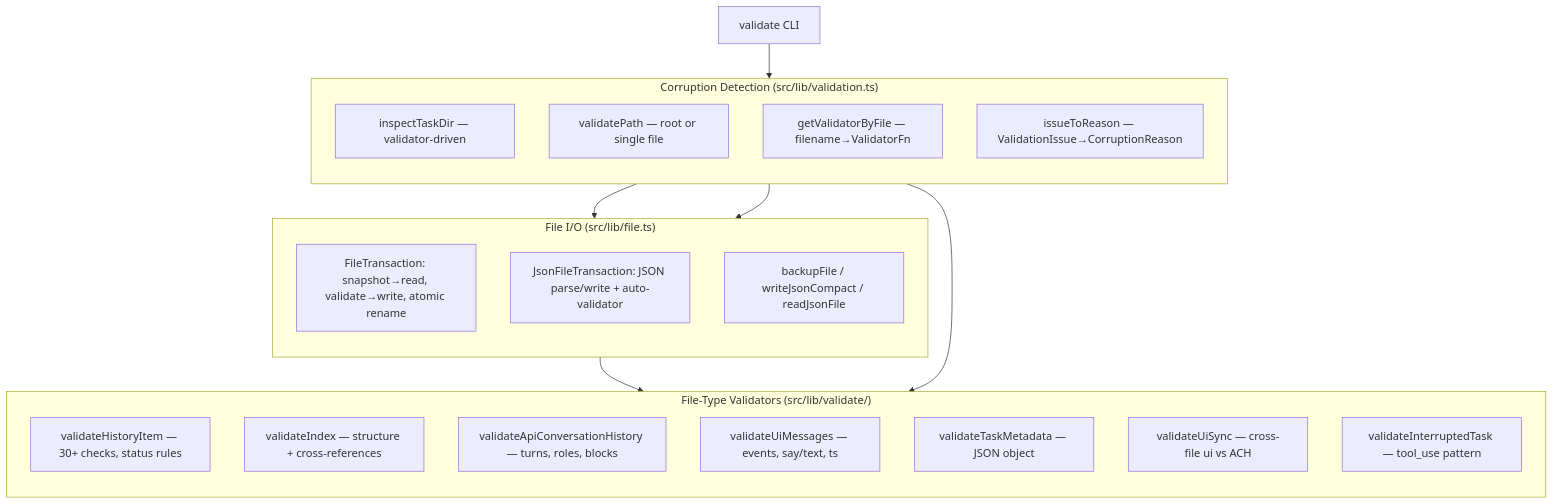
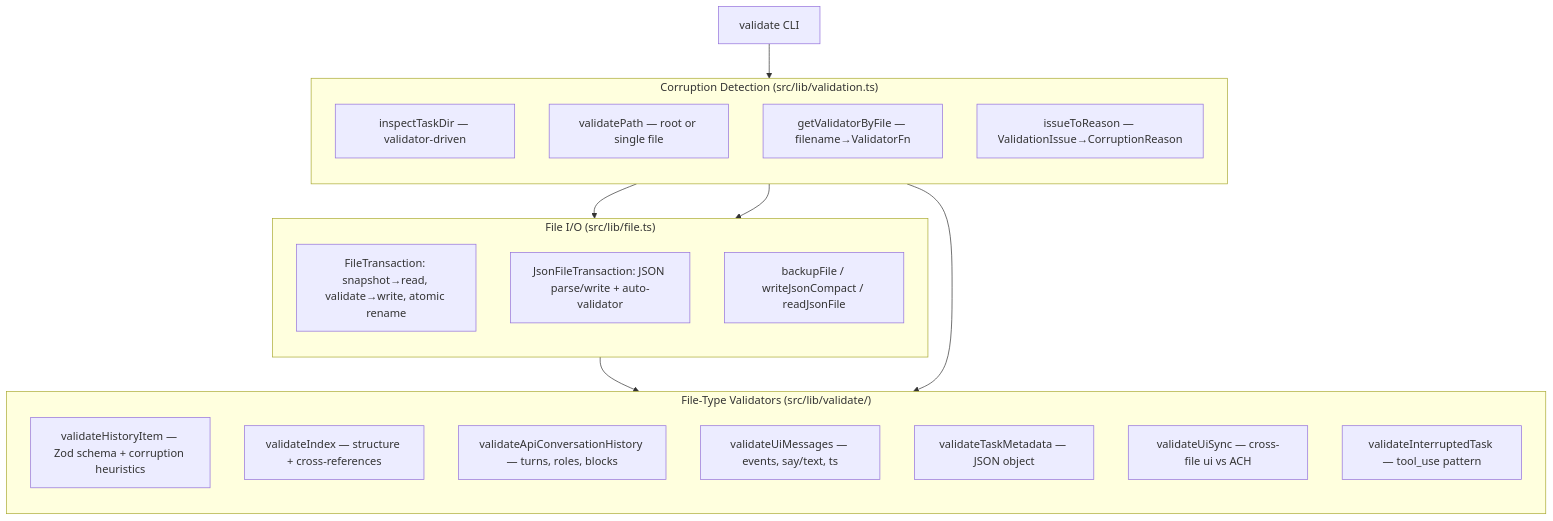
The first of 12 diagrams in README.md (metaworx/zoo-code-history-repair), drawn with Mermaid before and after one commit. The commit also changed other lines of this file and 22 other files, not shown here.

````diff
--- a/README.md
+++ b/README.md
@@ -183,34 +183,34 @@
 ```mermaid
 flowchart TB
     subgraph Validators["File-Type Validators (src/lib/validate/)"]
         direction TB
-        V1["validateHistoryItem — 30+ checks, status rules"]
+        V1["validateHistoryItem — Zod schema + corruption heuristics"]
         V2["validateIndex — structure + cross-references"]
         V3["validateApiConversationHistory — turns, roles, blocks"]
         V4["validateUiMessages — events, say/text, ts"]
         V5["validateTaskMetadata — JSON object"]
         V6["validateUiSync — cross-file ui vs ACH"]
         V7["validateInterruptedTask — tool_use pattern"]
     end
 
     subgraph FileIO["File I/O (src/lib/file.ts)"]
         direction TB
         F1["FileTransaction: snapshot→read, validate→write, atomic rename"]
         F2["JsonFileTransaction: JSON parse/write + auto-validator"]
         F3["backupFile / writeJsonCompact / readJsonFile"]
     end
 
     subgraph Detection["Corruption Detection (src/lib/validation.ts)"]
         direction TB
         D1["inspectTaskDir — validator-driven"]
         D2["validatePath — root or single file"]
         D3["getValidatorByFile — filename→ValidatorFn"]
         D4["issueToReason — ValidationIssue→CorruptionReason"]
     end
 
     DetCmd["validate CLI"] --> D2
     D2 --> FileIO
     FileIO --> Validators
     D1 --> FileIO
     D1 --> Validators
 ```
````
